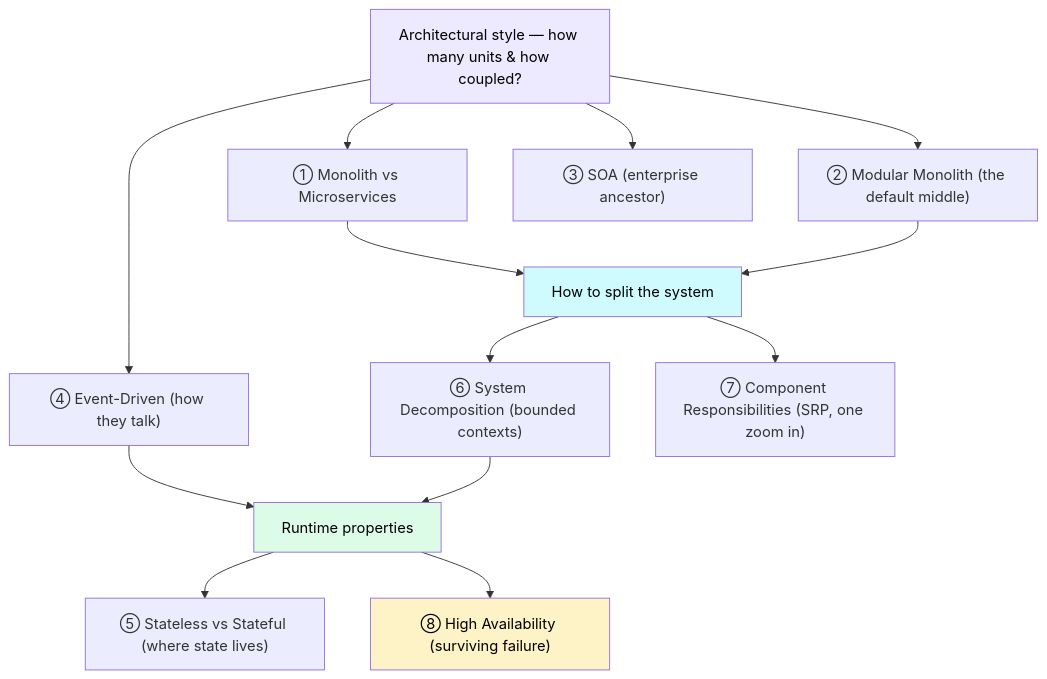
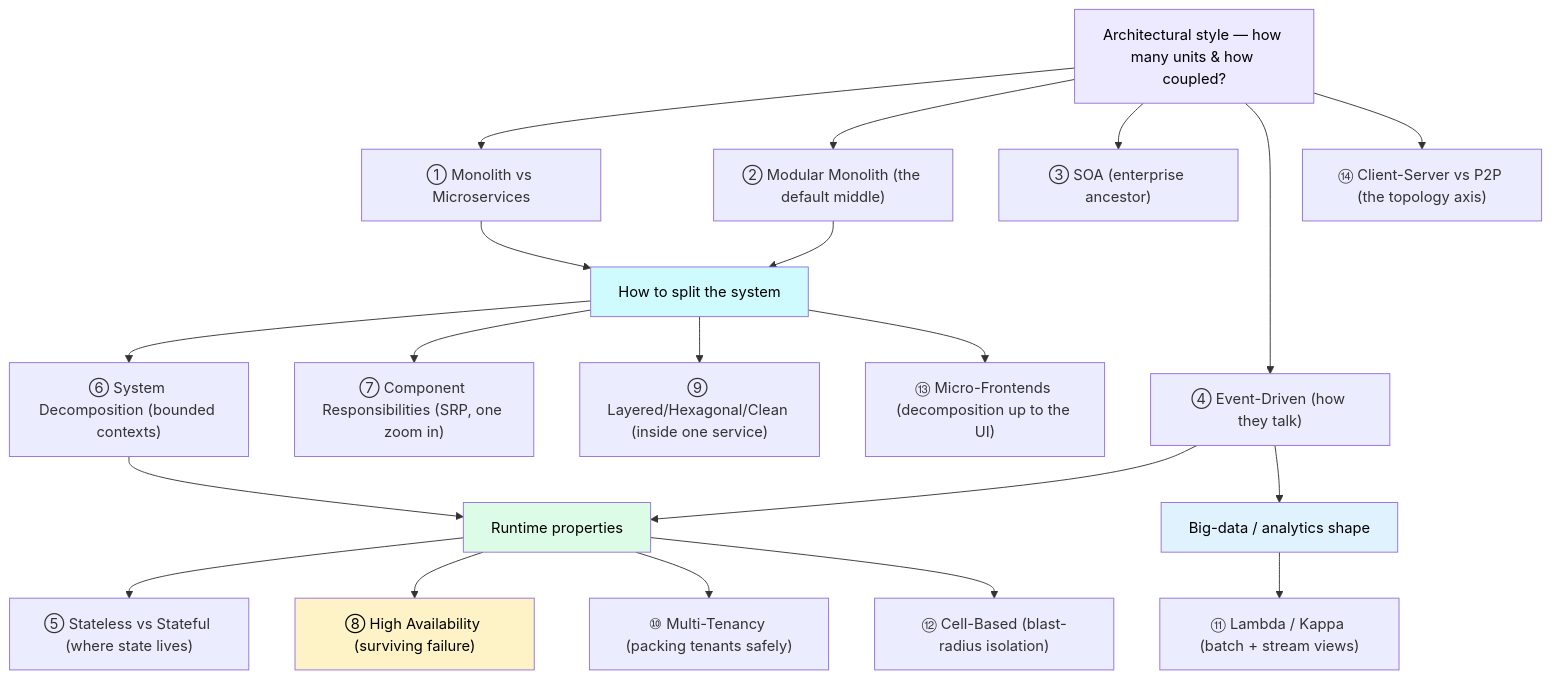
One commit to asishjagana/Interview-Prep-Dump changed the first of 2 diagrams in 03_High_Level_Design/README.md. Above: the diagram before and after it, drawn with Mermaid. The commit also changed other lines of this file and 7 other files, not shown here.

Commit message:
Add comprehensive documentation on Multi-Tenancy Architecture

````diff
--- a/03_High_Level_Design/README.md
+++ b/03_High_Level_Design/README.md
@@ -19,25 +19,35 @@
 ```mermaid
 flowchart TD
     STYLE["Architectural style — how many units &amp; how coupled?"]
     STYLE --> MONO["① Monolith vs Microservices"]
     STYLE --> MM["② Modular Monolith (the default middle)"]
     STYLE --> SOA["③ SOA (enterprise ancestor)"]
     STYLE --> EDA["④ Event-Driven (how they talk)"]
+    STYLE --> TOPO["⑭ Client-Server vs P2P (the topology axis)"]
 
     SPLIT["How to split the system"]
     SPLIT --> DEC["⑥ System Decomposition (bounded contexts)"]
     SPLIT --> CR["⑦ Component Responsibilities (SRP, one zoom in)"]
+    SPLIT --> LHC["⑨ Layered/Hexagonal/Clean (inside one service)"]
+    SPLIT --> MFE["⑬ Micro-Frontends (decomposition up to the UI)"]
     MONO --> SPLIT
     MM --> SPLIT
 
     RUNTIME["Runtime properties"]
     RUNTIME --> ST["⑤ Stateless vs Stateful (where state lives)"]
     RUNTIME --> HA["⑧ High Availability (surviving failure)"]
+    RUNTIME --> MT["⑩ Multi-Tenancy (packing tenants safely)"]
+    RUNTIME --> CELL["⑫ Cell-Based (blast-radius isolation)"]
     EDA --> RUNTIME
     DEC --> RUNTIME
+
+    DATA["Big-data / analytics shape"]
+    DATA --> LK["⑪ Lambda / Kappa (batch + stream views)"]
+    EDA --> DATA
 
     style STYLE fill:#ede9fe,color:#000
     style SPLIT fill:#cffafe,color:#000
     style RUNTIME fill:#dcfce7,color:#000
+    style DATA fill:#e0f2fe,color:#000
     style HA fill:#fef3c7,color:#000
 ```
````
